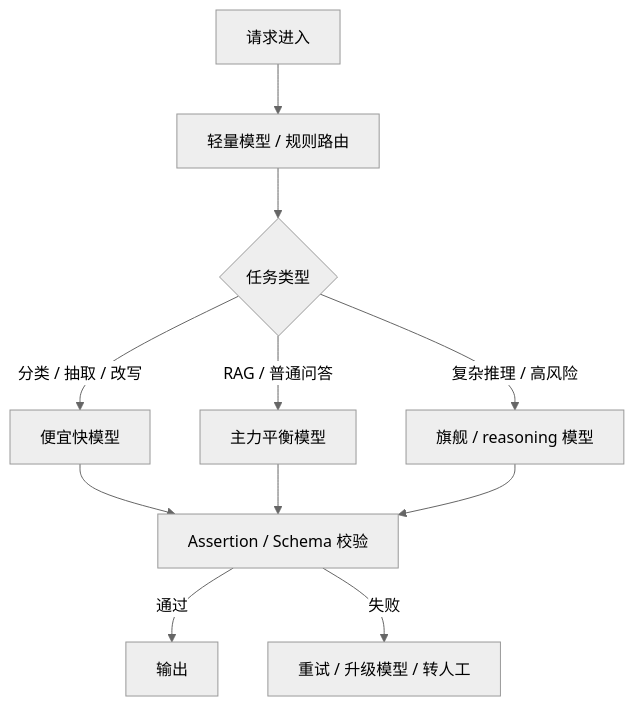
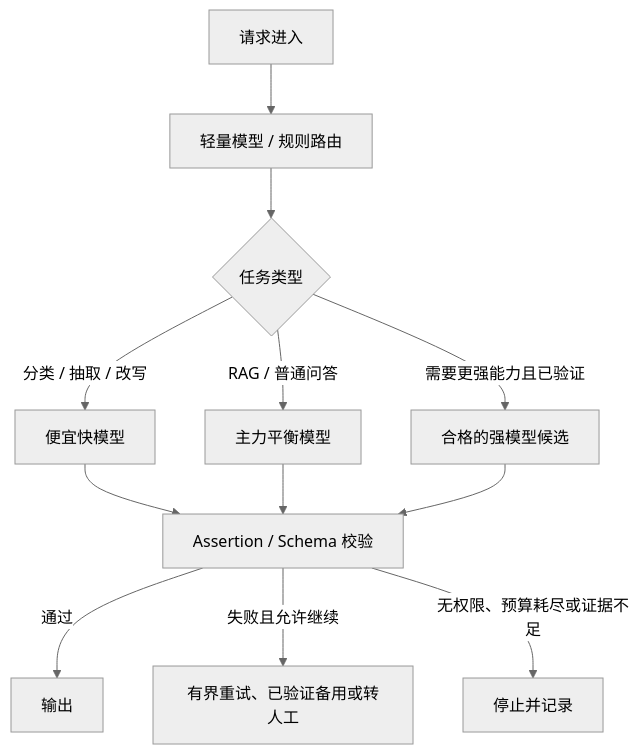
The first of 3 diagrams in 深入/12-Claude-GPT-Gemini三大模型系列使用指南.md (oh-my-vibe-coding/ai-reliability-architecture), drawn with Mermaid (neutral theme) before and after one commit. The commit also changed other lines of this file and 67 other files, not shown here.

````diff
--- a/深入/12-Claude-GPT-Gemini三大模型系列使用指南.md
+++ b/深入/12-Claude-GPT-Gemini三大模型系列使用指南.md
@@ -128,13 +128,14 @@
 ```mermaid
 flowchart TB
     Q[请求进入] --> R[轻量模型 / 规则路由]
     R --> A{任务类型}
     A -->|分类 / 抽取 / 改写| Cheap[便宜快模型]
     A -->|RAG / 普通问答| Main[主力平衡模型]
-    A -->|复杂推理 / 高风险| Strong[旗舰 / reasoning 模型]
+    A -->|需要更强能力且已验证| Strong[合格的强模型候选]
     Cheap --> V[Assertion / Schema 校验]
     Main --> V
     Strong --> V
     V -->|通过| O[输出]
-    V -->|失败| Retry[重试 / 升级模型 / 转人工]
+    V -->|失败且允许继续| Retry[有界重试、已验证备用或转人工]
+    V -->|无权限、预算耗尽或证据不足| Stop[停止并记录]
 ```
````
